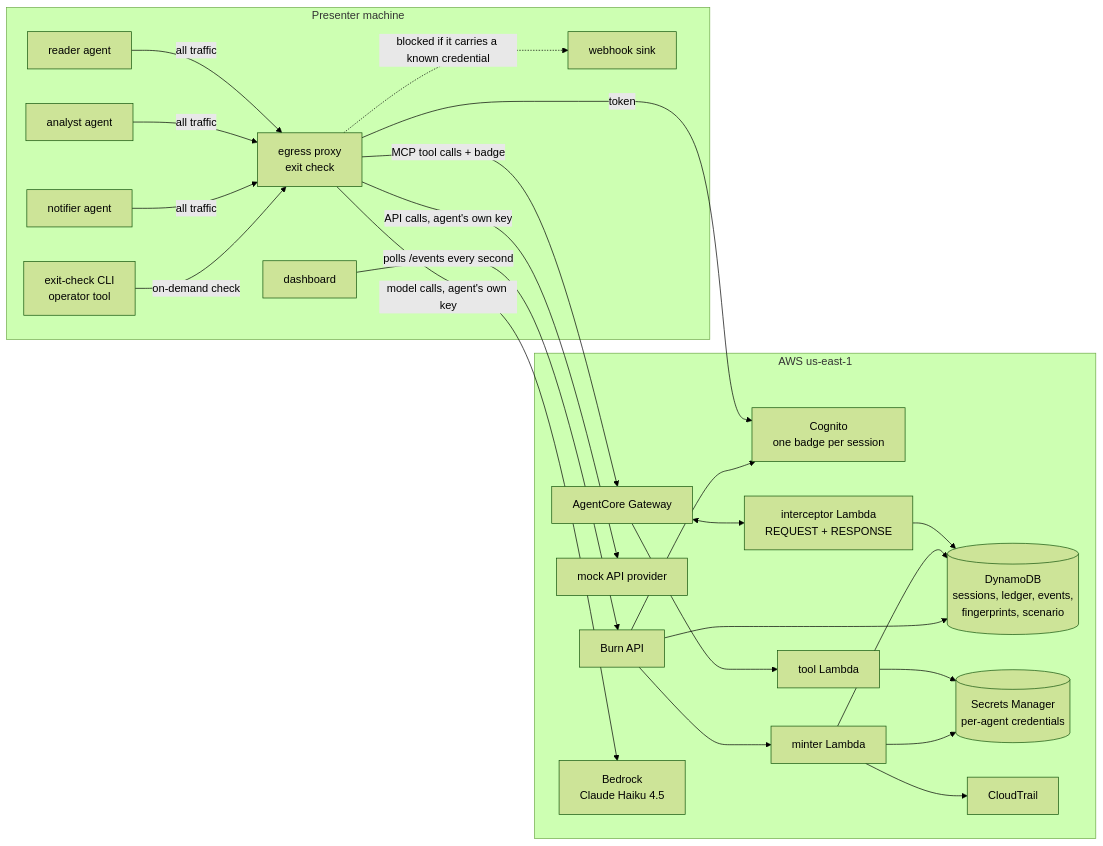
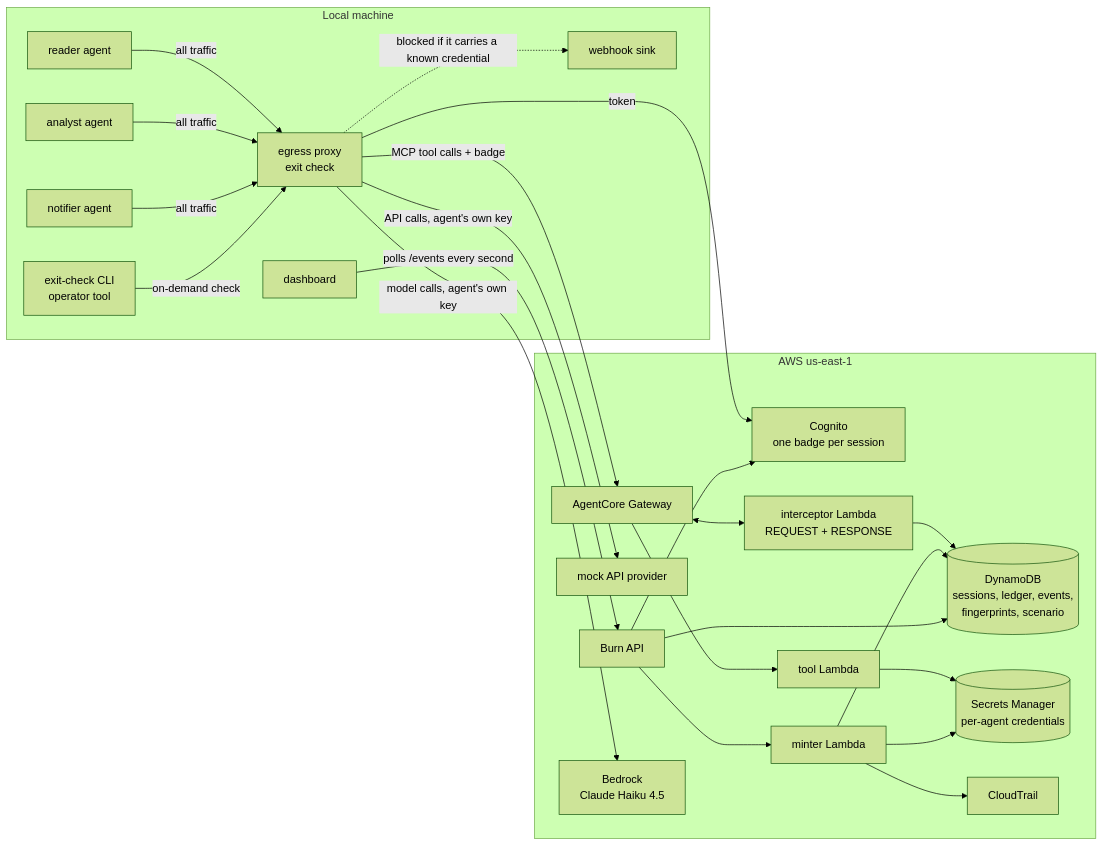
Before and after one commit to nicholas-sasina/killswitchproject: the diagram in docs/architecture.md, drawn with Mermaid (forest theme). The commit also changed 14 other files, not shown here.

````diff
--- a/docs/architecture.md
+++ b/docs/architecture.md
@@ -8,38 +8,38 @@
 ```mermaid
 flowchart LR
-  subgraph local["Presenter machine"]
+  subgraph local["Local machine"]
     A1[reader agent] & A2[analyst agent] & A3[notifier agent]
     P[egress proxy<br/>exit check]
     S[webhook sink]
     D[dashboard]
     O[exit-check CLI<br/>operator tool]
   end
   subgraph aws["AWS us-east-1"]
     C[Cognito<br/>one badge per session]
     G[AgentCore Gateway]
     I[interceptor Lambda<br/>REQUEST + RESPONSE]
     T[tool Lambda]
     M[minter Lambda]
     MP[mock API provider]
     API[Burn API]
     DB[(DynamoDB<br/>sessions, ledger, events,<br/>fingerprints, scenario)]
     SM[(Secrets Manager<br/>per-agent credentials)]
     CT[CloudTrail]
     BR[Bedrock<br/>Claude Haiku 4.5]
   end
   A1 & A2 & A3 -->|all traffic| P
   P -->|token| C
   P -->|MCP tool calls + badge| G
   G <--> I
   G --> T
   P -->|model calls, agent's own key| BR
   P -->|API calls, agent's own key| MP
   P -.->|blocked if it carries a known credential| S
   I --> DB
   T --> SM
   M --> SM & DB
   API --> DB & M & C
   M --> CT
   D -->|polls /events every second| API
   O -->|on-demand check| P
 ```
````
